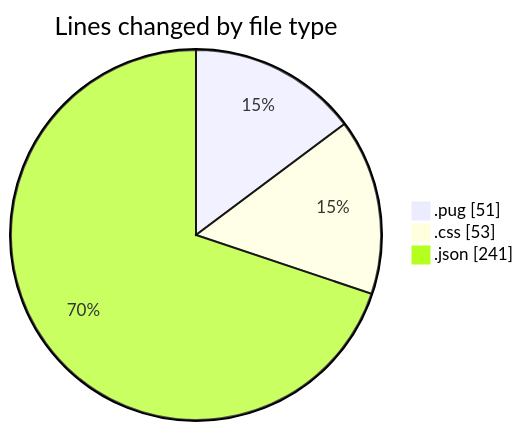
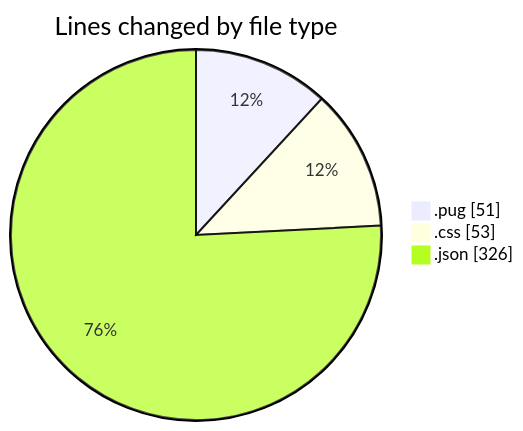
One commit to momahboobian/code-tracking changed the first of 2 diagrams in 2025-11-06/cda/README.md. Above: the diagram before and after it, drawn with Mermaid. The commit also changed other lines of this file and 1 other file, not shown here.

````diff
--- a/2025-11-06/cda/README.md
+++ b/2025-11-06/cda/README.md
@@ -23,7 +24,7 @@
 ```mermaid
 pie showData
 title Lines changed by file type
 ".pug" : 51
 ".css" : 53
-".json" : 241
+".json" : 326
 ```
````
